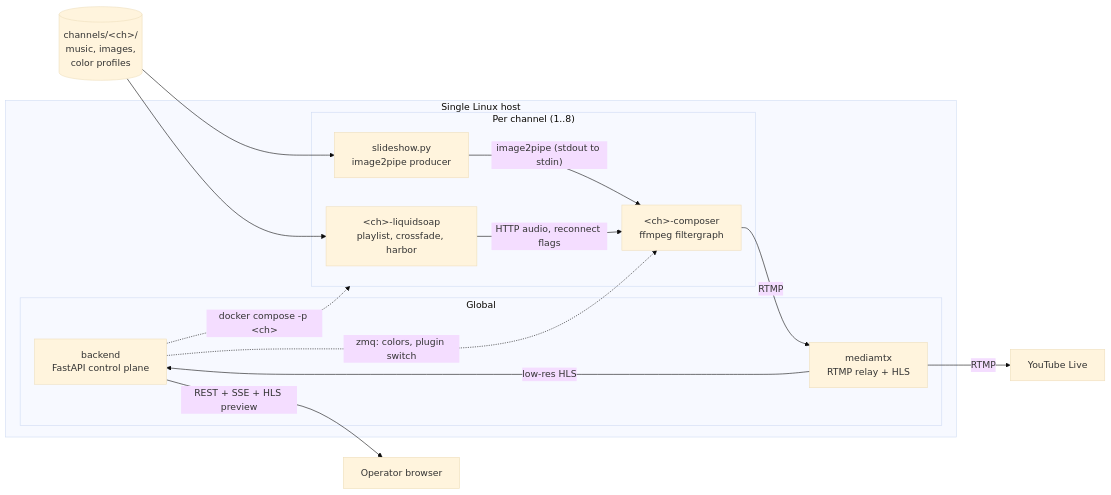
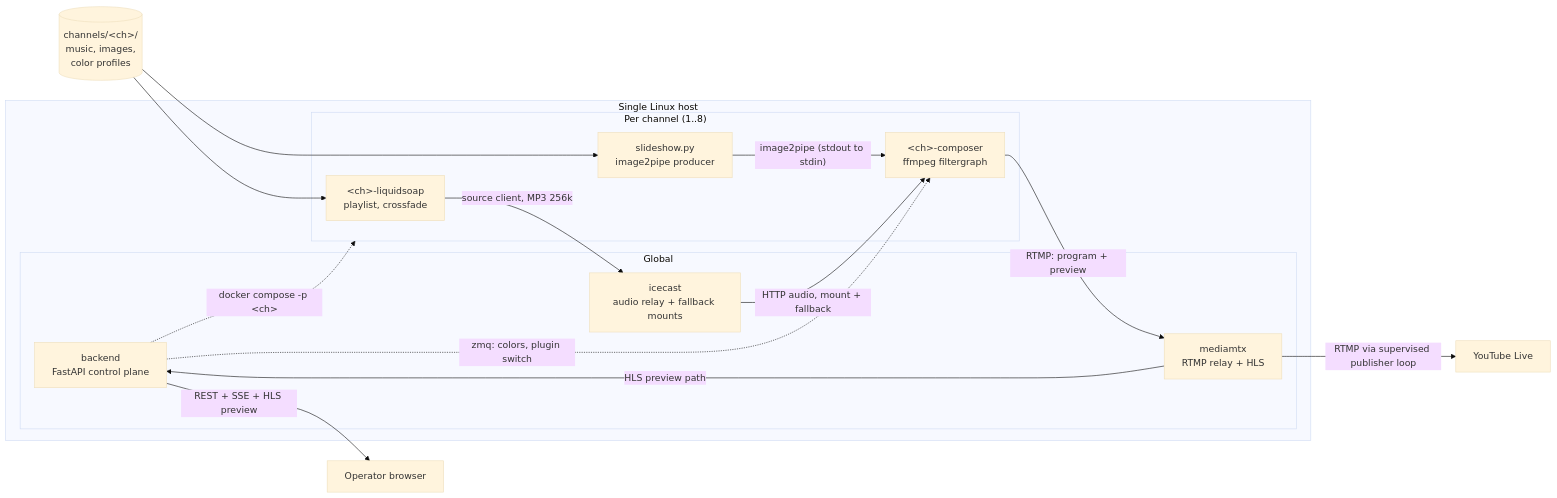
The diagram in docs/architecture.md (MikeKemmerer/ambient-streamer), drawn with Mermaid (base theme) before and after one commit. The commit also changed other lines of this file and 5 other files, not shown here.

First line of the commit message:
Add .env templates, fix gitignore re-include bug, correct architecture doc

````diff
--- a/docs/architecture.md
+++ b/docs/architecture.md
@@ -166,28 +336,30 @@
 ```mermaid
 flowchart LR
     subgraph host["Single Linux host"]
         subgraph globals["Global"]
             backend["backend<br/>FastAPI control plane"]
+            ice["icecast<br/>audio relay + fallback mounts"]
             relay["mediamtx<br/>RTMP relay + HLS"]
         end
 
         subgraph chan["Per channel (1..8)"]
-            liq["&lt;ch&gt;-liquidsoap<br/>playlist, crossfade, harbor"]
+            liq["&lt;ch&gt;-liquidsoap<br/>playlist, crossfade"]
             slides["slideshow.py<br/>image2pipe producer"]
             comp["&lt;ch&gt;-composer<br/>ffmpeg filtergraph"]
         end
     end
 
     media[("channels/&lt;ch&gt;/<br/>music, images,<br/>color profiles")]
 
     media --> liq
     media --> slides
     slides -->|"image2pipe (stdout to stdin)"| comp
-    liq -->|"HTTP audio, reconnect flags"| comp
+    liq -->|"source client, MP3 256k"| ice
+    ice -->|"HTTP audio, mount + fallback"| comp
     backend -.->|"docker compose -p &lt;ch&gt;"| chan
     backend -.->|"zmq: colors, plugin switch"| comp
-    comp -->|RTMP| relay
-    relay -->|RTMP| yt["YouTube Live"]
-    relay -->|"low-res HLS"| backend
+    comp -->|"RTMP: program + preview"| relay
+    relay -->|"RTMP via supervised publisher loop"| yt["YouTube Live"]
+    relay -->|"HLS preview path"| backend
     backend -->|"REST + SSE + HLS preview"| ui["Operator browser"]
 ```
````
